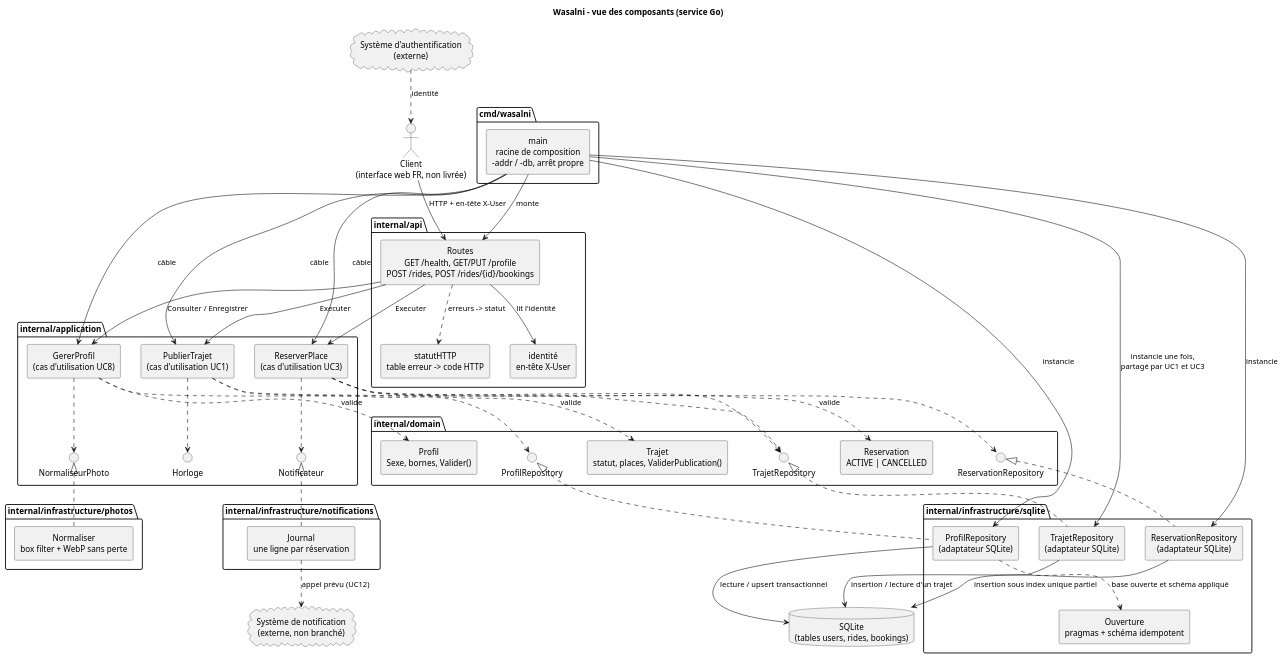
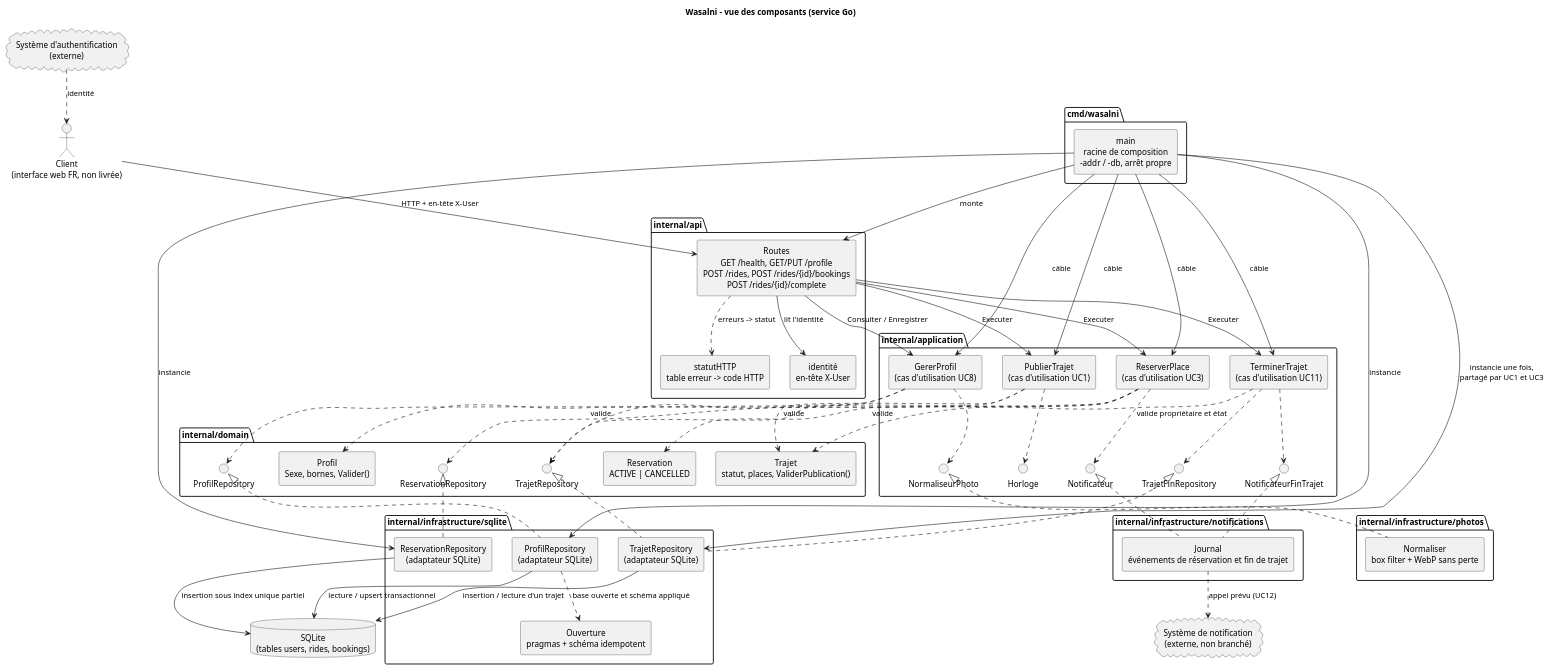
Before and after one commit to alaa-ilehi/Wasalni: the diagram in docs/uml/architecture-components.puml, drawn with PlantUML. The commit also changed 21 other files, not shown here.

Commit message:
feat(uc11): terminer un trajet

```diff
--- a/docs/uml/architecture-components.puml
+++ b/docs/uml/architecture-components.puml
@@ -1,98 +1,108 @@
 @startuml
 title Wasalni - vue des composants (service Go)
 
 skinparam componentStyle rectangle
 skinparam defaultTextAlignment center
 
 actor "Client\n(interface web FR, non livrée)" as Client
 
 package "cmd/wasalni" {
   [main\nracine de composition\n-addr / -db, arrêt propre] as Main
 }
 
 package "internal/api" {
-  [Routes\nGET /health, GET/PUT /profile\nPOST /rides, POST /rides/{id}/bookings] as Routes
+  [Routes\nGET /health, GET/PUT /profile\nPOST /rides, POST /rides/{id}/bookings\nPOST /rides/{id}/complete] as Routes
   [identité\nen-tête X-User] as Identite
   [statutHTTP\ntable erreur -> code HTTP] as Statut
 }
 
 package "internal/application" {
   [GererProfil\n(cas d'utilisation UC8)] as GererProfil
   [PublierTrajet\n(cas d'utilisation UC1)] as PublierTrajet
   [ReserverPlace\n(cas d'utilisation UC3)] as ReserverPlace
+  [TerminerTrajet\n(cas d'utilisation UC11)] as TerminerTrajet
   interface "NormaliseurPhoto" as INormaliseur
   interface "Horloge" as IHorloge
   interface "Notificateur" as INotificateur
+  interface "TrajetFinRepository" as ITerminer
+  interface "NotificateurFinTrajet" as INotifFin
 }
 
 package "internal/domain" {
   [Profil\nSexe, bornes, Valider()] as Profil
   [Trajet\nstatut, places, ValiderPublication()] as Trajet
   [Reservation\nACTIVE | CANCELLED] as Reservation
   interface "ProfilRepository" as IProfil
   interface "TrajetRepository" as ITrajet
   interface "ReservationRepository" as IReservation
 }
 
 package "internal/infrastructure/sqlite" {
   [ProfilRepository\n(adaptateur SQLite)] as SqlProfil
   [TrajetRepository\n(adaptateur SQLite)] as SqlTrajet
   [ReservationRepository\n(adaptateur SQLite)] as SqlReservation
   [Ouverture\npragmas + schéma idempotent] as Ouverture
 }
 
 package "internal/infrastructure/photos" {
   [Normaliser\nbox filter + WebP sans perte] as Photos
 }
 
 package "internal/infrastructure/notifications" {
-  [Journal\nune ligne par réservation] as Journal
+  [Journal\névénements de réservation et fin de trajet] as Journal
 }
 
 database "SQLite\n(tables users, rides, bookings)" as DB
 cloud "Système d'authentification\n(externe)" as ExternalAuth
 cloud "Système de notification\n(externe, non branché)" as ExternalNotif
 
 Client --> Routes : HTTP + en-tête X-User
 ExternalAuth ..> Client : identité
 
 Routes --> Identite : lit l'identité
 Routes --> GererProfil : Consulter / Enregistrer
 Routes --> PublierTrajet : Executer
 Routes --> ReserverPlace : Executer
+Routes --> TerminerTrajet : Executer
 Routes ..> Statut : erreurs -> statut
 
 GererProfil ..> IProfil
 GererProfil ..> INormaliseur
 GererProfil ..> Profil : valide
 
 PublierTrajet ..> ITrajet
 PublierTrajet ..> IHorloge
 PublierTrajet ..> Trajet : valide
 
 ReserverPlace ..> ITrajet
 ReserverPlace ..> IReservation
 ReserverPlace ..> INotificateur
 ReserverPlace ..> Reservation : valide
+TerminerTrajet ..> ITerminer
+TerminerTrajet ..> INotifFin
+TerminerTrajet ..> Trajet : valide propriétaire et état
 
 IProfil <|.. SqlProfil
 ITrajet <|.. SqlTrajet
+ITerminer <|.. SqlTrajet
 IReservation <|.. SqlReservation
 INormaliseur <|.. Photos
 INotificateur <|.. Journal
+INotifFin <|.. Journal
 
 SqlProfil --> DB : lecture / upsert transactionnel
 SqlTrajet --> DB : insertion / lecture d'un trajet
 SqlReservation --> DB : insertion sous index unique partiel
 SqlProfil ..> Ouverture : base ouverte et schéma appliqué
 
 Journal ..> ExternalNotif : appel prévu (UC12)
 
 Main --> SqlProfil : instancie
 Main --> SqlTrajet : instancie une fois,\npartagé par UC1 et UC3
 Main --> SqlReservation : instancie
 Main --> GererProfil : câble
 Main --> PublierTrajet : câble
 Main --> ReserverPlace : câble
+Main --> TerminerTrajet : câble
 Main --> Routes : monte
 @enduml
```
